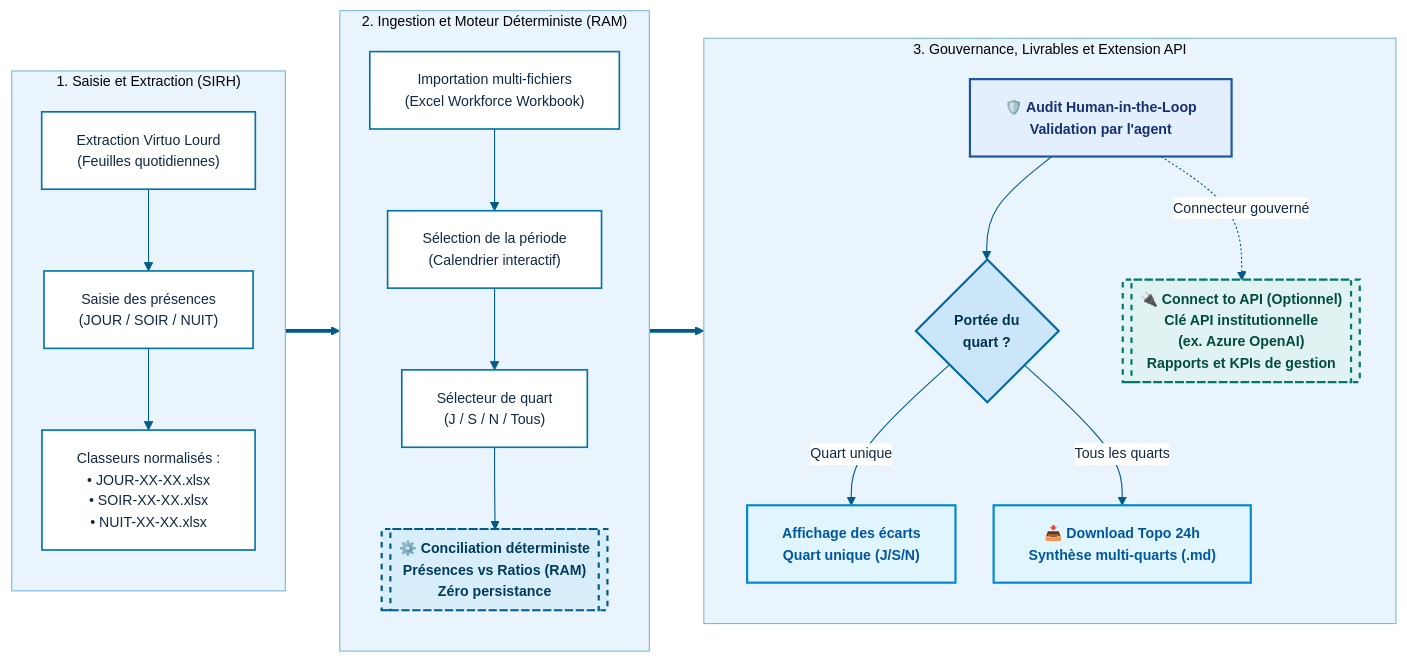
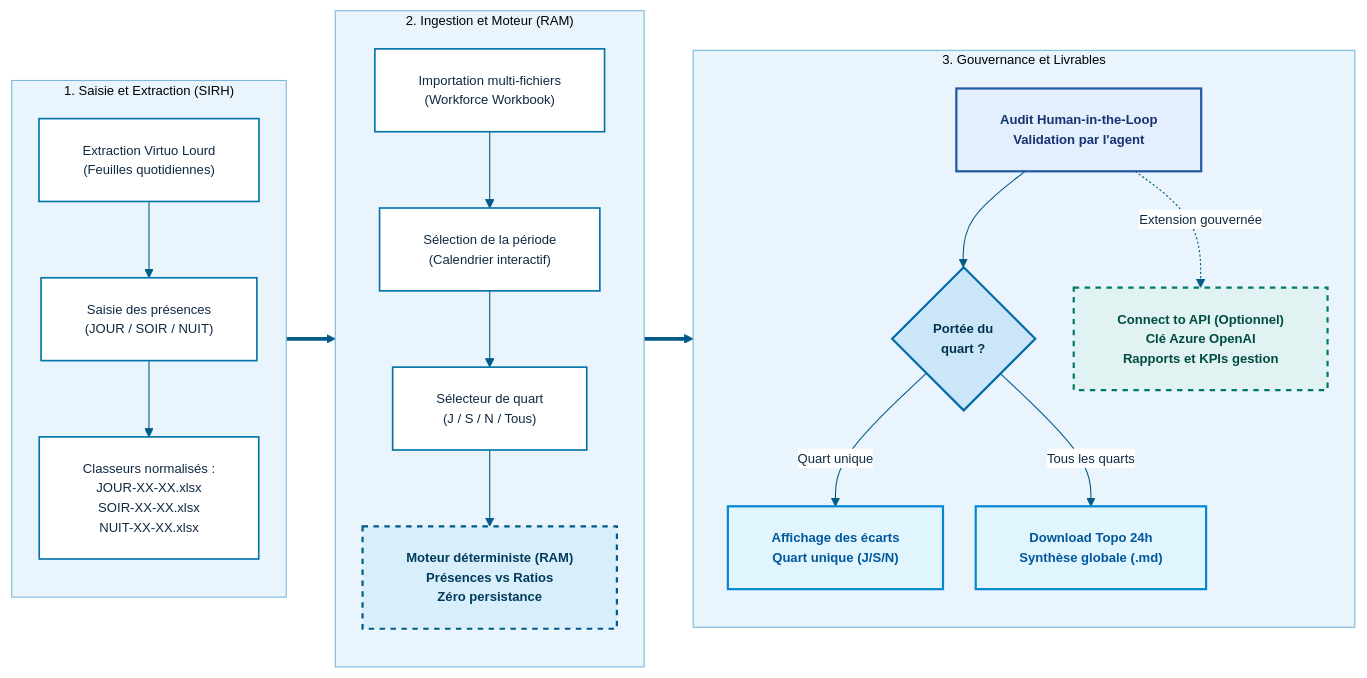
The diagram in README.md (tmayrand96/Sparce), drawn with Mermaid before and after one commit.

Commit message:
Update README with diagram and terminology changes

````diff
--- a/README.md
+++ b/README.md
@@ -18,44 +18,44 @@
 ```mermaid
-%%{init: {'theme': 'base', 'themeVariables': {'background': '#f4f9fd', 'primaryColor': '#ffffff', 'primaryBorderColor': '#0073A9', 'primaryTextColor': '#0f2942', 'lineColor': '#005b87', 'clusterBkg': '#eaf4fc', 'clusterBorder': '#7ab8db', 'fontFamily': 'Segoe UI, Helvetica, Arial, sans-serif', 'fontSize': '13px'}, 'flowchart': {'curve': 'basis', 'padding': 16, 'nodeSpacing': 35, 'rankSpacing': 50, 'htmlLabels': true}}}%%
+%%{init: {'theme': 'base', 'themeVariables': {'background': '#f4f9fd', 'primaryColor': '#ffffff', 'primaryBorderColor': '#0073A9', 'primaryTextColor': '#0f2942', 'lineColor': '#005b87', 'clusterBkg': '#eaf4fc', 'clusterBorder': '#7ab8db', 'fontFamily': 'Arial, sans-serif', 'fontSize': '12px'}, 'flowchart': {'curve': 'basis', 'padding': 20, 'nodeSpacing': 30, 'rankSpacing': 45, 'htmlLabels': true}}}%%
 flowchart LR
     classDef step fill:#ffffff,stroke:#0073A9,stroke-width:1.5px,color:#0f2942;
     classDef engine fill:#d8eefb,stroke:#005b87,stroke-width:2px,stroke-dasharray: 5 5,color:#003b5c,font-weight:bold;
     classDef condition fill:#cbe6f9,stroke:#026aa7,stroke-width:2px,color:#00334e,font-weight:bold;
     classDef governance fill:#e3effd,stroke:#1e56a0,stroke-width:2px,color:#163172,font-weight:bold;
     classDef output fill:#e1f5fe,stroke:#0288d1,stroke-width:2px,color:#01579b,font-weight:bold;
     classDef api fill:#e0f2f1,stroke:#00796b,stroke-width:2px,stroke-dasharray: 5 5,color:#004d40,font-weight:bold;
 
     subgraph P1 ["1. Saisie et Extraction (SIRH)"]
         direction TB
         A["Extraction Virtuo Lourd<br/>(Feuilles quotidiennes)"]:::step
         B["Saisie des présences<br/>(JOUR / SOIR / NUIT)"]:::step
-        C["Classeurs normalisés :<br/>• JOUR-XX-XX.xlsx<br/>• SOIR-XX-XX.xlsx<br/>• NUIT-XX-XX.xlsx"]:::step
+        C["Classeurs normalisés :<br/>JOUR-XX-XX.xlsx<br/>SOIR-XX-XX.xlsx<br/>NUIT-XX-XX.xlsx"]:::step
         A --> B --> C
     end
 
-    subgraph P2 ["2. Ingestion et Moteur Déterministe (RAM)"]
+    subgraph P2 ["2. Ingestion et Moteur (RAM)"]
         direction TB
-        D["Importation multi-fichiers<br/>(Excel Workforce Workbook)"]:::step
+        D["Importation multi-fichiers<br/>(Workforce Workbook)"]:::step
         E["Sélection de la période<br/>(Calendrier interactif)"]:::step
         F["Sélecteur de quart<br/>(J / S / N / Tous)"]:::step
-        G[["⚙️ Conciliation déterministe<br/>Présences vs Ratios (RAM)<br/>Zéro persistance"]]:::engine
+        G["Moteur déterministe (RAM)<br/>Présences vs Ratios<br/>Zéro persistance"]:::engine
         D --> E --> F --> G
     end
 
-    subgraph P3 ["3. Gouvernance, Livrables et Extension API"]
+    subgraph P3 ["3. Gouvernance et Livrables"]
         direction TB
-        H["🛡️ Audit Human-in-the-Loop<br/>Validation par l'agent"]:::governance
+        H["Audit Human-in-the-Loop<br/>Validation par l'agent"]:::governance
         I{"Portée du<br/>quart ?"}:::condition
         J["Affichage des écarts<br/>Quart unique (J/S/N)"]:::output
-        K["📥 Download Topo 24h<br/>Synthèse multi-quarts (.md)"]:::output
-        L[["🔌 Connect to API (Optionnel)<br/>Clé API institutionnelle<br/>(ex. Azure OpenAI)<br/>Rapports et KPIs de gestion"]]:::api
+        K["Download Topo 24h<br/>Synthèse globale (.md)"]:::output
+        L["Connect to API (Optionnel)<br/>Clé Azure OpenAI<br/>Rapports et KPIs gestion"]:::api
 
         H --> I
         I -- "Quart unique" --> J
         I -- "Tous les quarts" --> K
-        H -. "Connecteur gouverné" .-> L
+        H -. "Extension gouvernée" .-> L
     end
 
     C ==> D
     G ==> H
 ```
````
